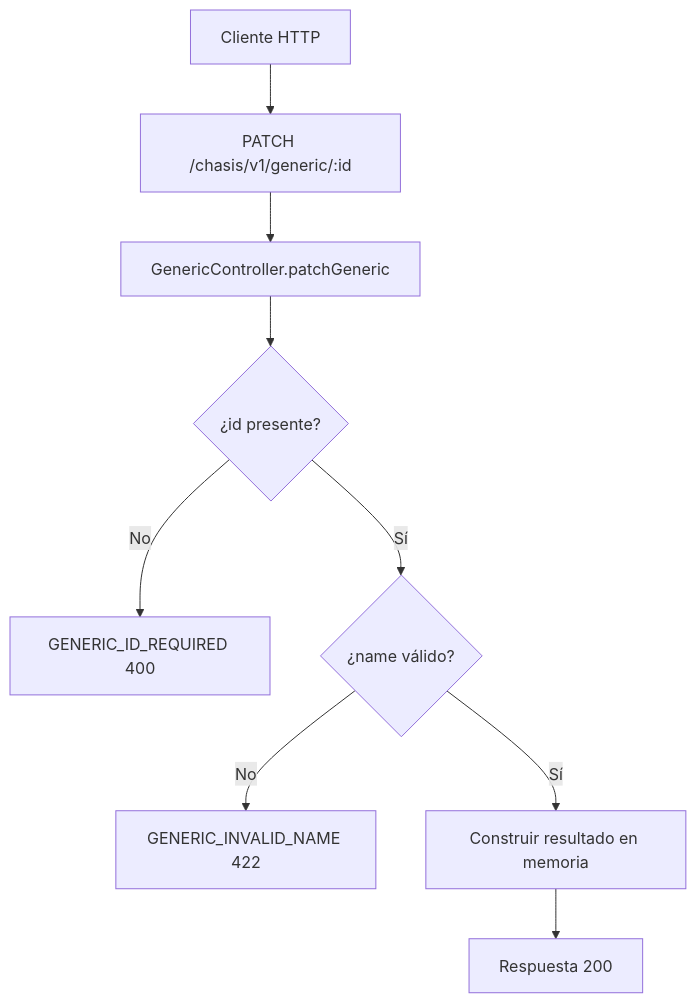
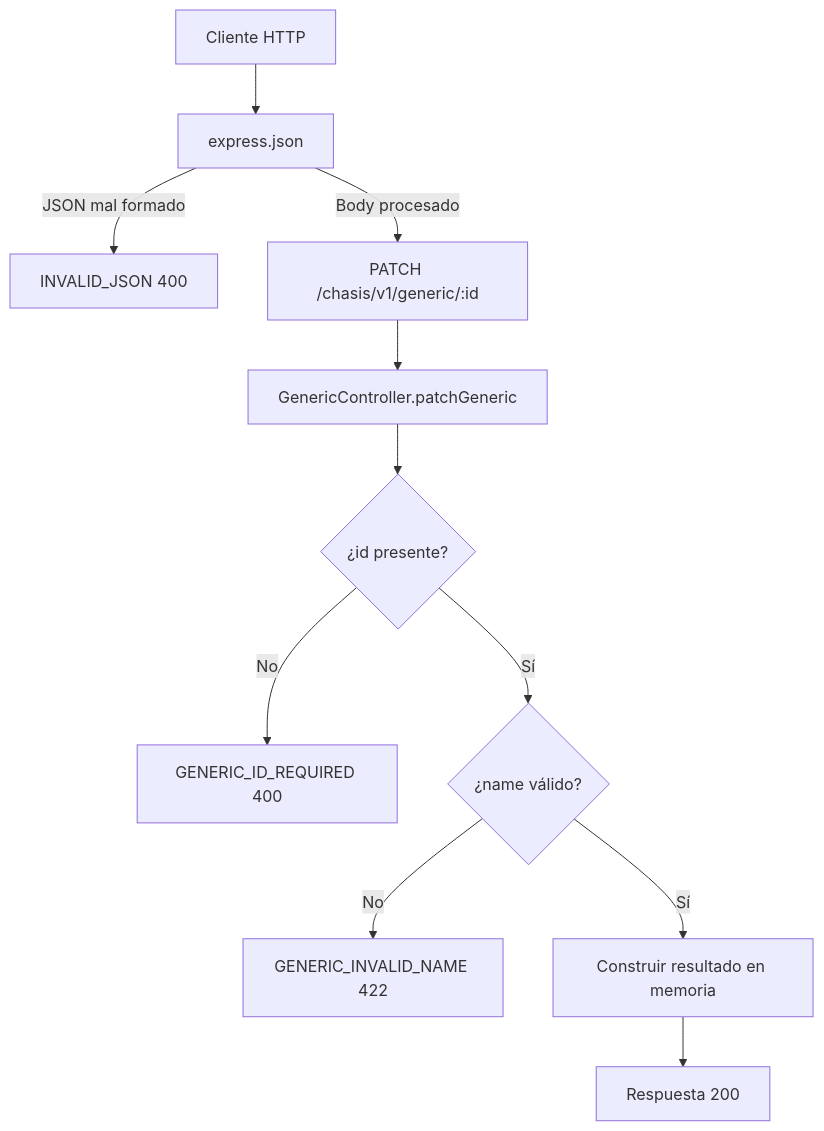
One commit to jac2206/chasis-express-ts changed the diagram in docs/use-case/update-generic.md. Above: the diagram before and after it, drawn with Mermaid. The commit also changed other lines of this file and 25 other files, not shown here.

````diff
--- a/docs/use-case/update-generic.md
+++ b/docs/use-case/update-generic.md
@@ -77,11 +77,13 @@
 ```mermaid
 flowchart TD
-    A[Cliente HTTP] --> B[PATCH /chasis/v1/generic/:id]
-    B --> C[GenericController.patchGeneric]
-    C --> D{¿id presente?}
-    D -- No --> E[GENERIC_ID_REQUIRED 400]
-    D -- Sí --> F{¿name válido?}
-    F -- No --> G[GENERIC_INVALID_NAME 422]
-    F -- Sí --> H[Construir resultado en memoria]
-    H --> I[Respuesta 200]
+    A[Cliente HTTP] --> B[express.json]
+    B -->|JSON mal formado| X[INVALID_JSON 400]
+    B -->|Body procesado| C[PATCH /chasis/v1/generic/:id]
+    C --> D[GenericController.patchGeneric]
+    D --> E{¿id presente?}
+    E -- No --> F[GENERIC_ID_REQUIRED 400]
+    E -- Sí --> G{¿name válido?}
+    G -- No --> H[GENERIC_INVALID_NAME 422]
+    G -- Sí --> I[Construir resultado en memoria]
+    I --> J[Respuesta 200]
 ```
````
